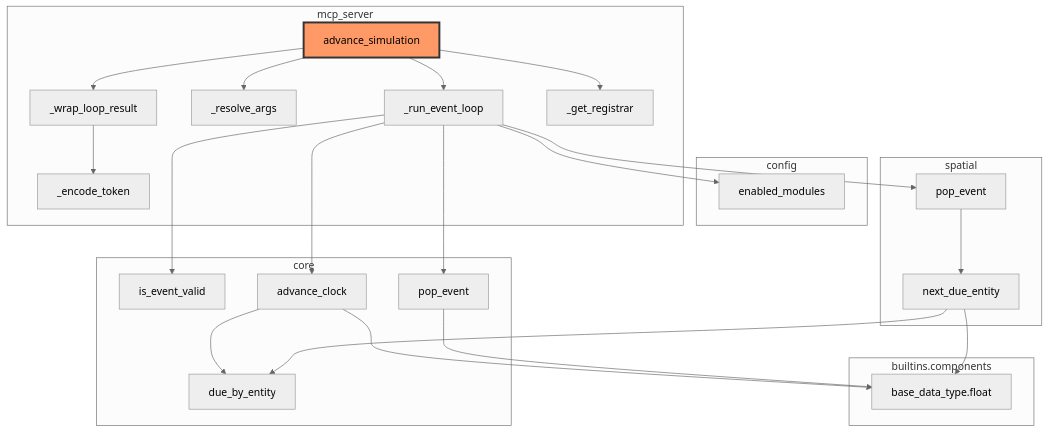
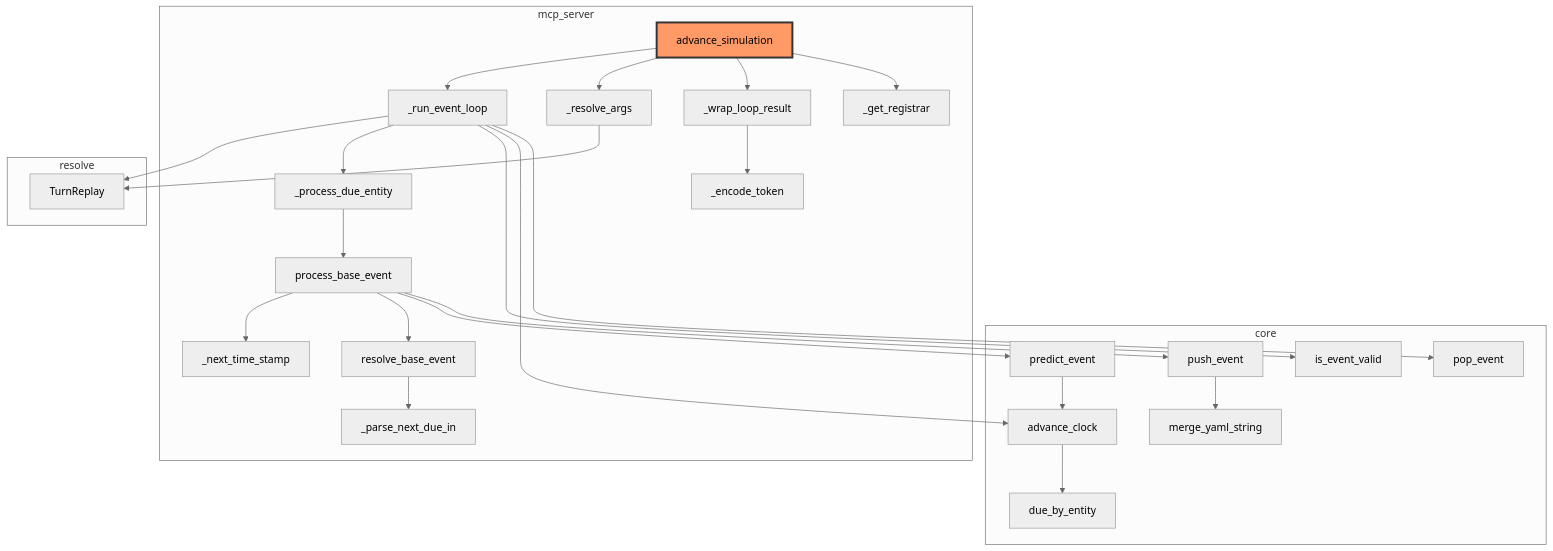
Before and after one commit to zhafen/story-simulator: the first of 2 diagrams in docs/architecture/advance_simulation.md, drawn with Mermaid (neutral theme). The commit also changed other lines of this file and 29 other files, not shown here.

First line of the commit message:
Extract _process_due_entity; shelve character/npc/physics/terrain/spatial

````diff
--- a/docs/architecture/advance_simulation.md
+++ b/docs/architecture/advance_simulation.md
@@ -43,45 +46,50 @@
 ```mermaid
 flowchart TD
-    subgraph sg0["config"]
-        n5["enabled_modules"]
+    subgraph sg0["core"]
+        n7["is_event_valid"]
+        n8["advance_clock"]
+        n9["pop_event"]
+        n12["due_by_entity"]
+        n15["predict_event"]
+        n16["push_event"]
+        n18["merge_yaml_string"]
     end
-    subgraph sg1["core"]
-        n6["is_event_valid"]
-        n7["advance_clock"]
-        n9["pop_event"]
-        n11["due_by_entity"]
-    end
-    subgraph sg2["mcp_server"]
+    subgraph sg1["mcp_server"]
         n0["advance_simulation"]
         n1["_run_event_loop"]
         n2["_resolve_args"]
         n3["_wrap_loop_result"]
         n4["_get_registrar"]
+        n6["_process_due_entity"]
         n10["_encode_token"]
+        n11["process_base_event"]
+        n13["_next_time_stamp"]
+        n14["resolve_base_event"]
+        n17["_parse_next_due_in"]
     end
-    subgraph sg3["spatial"]
-        n8["pop_event"]
-        n13["next_due_entity"]
-    end
-    subgraph sg4["builtins.components"]
-        n12["base_data_type.float"]
+    subgraph sg2["resolve"]
+        n5["TurnReplay"]
     end
     n0 --> n1
     n0 --> n2
     n0 --> n3
     n0 --> n4
     n1 --> n5
     n1 --> n6
     n1 --> n7
     n1 --> n8
     n1 --> n9
+    n2 --> n5
     n3 --> n10
-    n7 --> n11
-    n7 --> n12
-    n8 --> n13
-    n9 --> n12
-    n13 --> n11
-    n13 --> n12
+    n6 --> n11
+    n8 --> n12
+    n11 --> n13
+    n11 --> n14
+    n11 --> n15
+    n11 --> n16
+    n14 --> n17
+    n15 --> n8
+    n16 --> n18
     class n0 rootNode
     classDef rootNode fill:#f96,stroke:#333,stroke-width:3px
 ```
````
